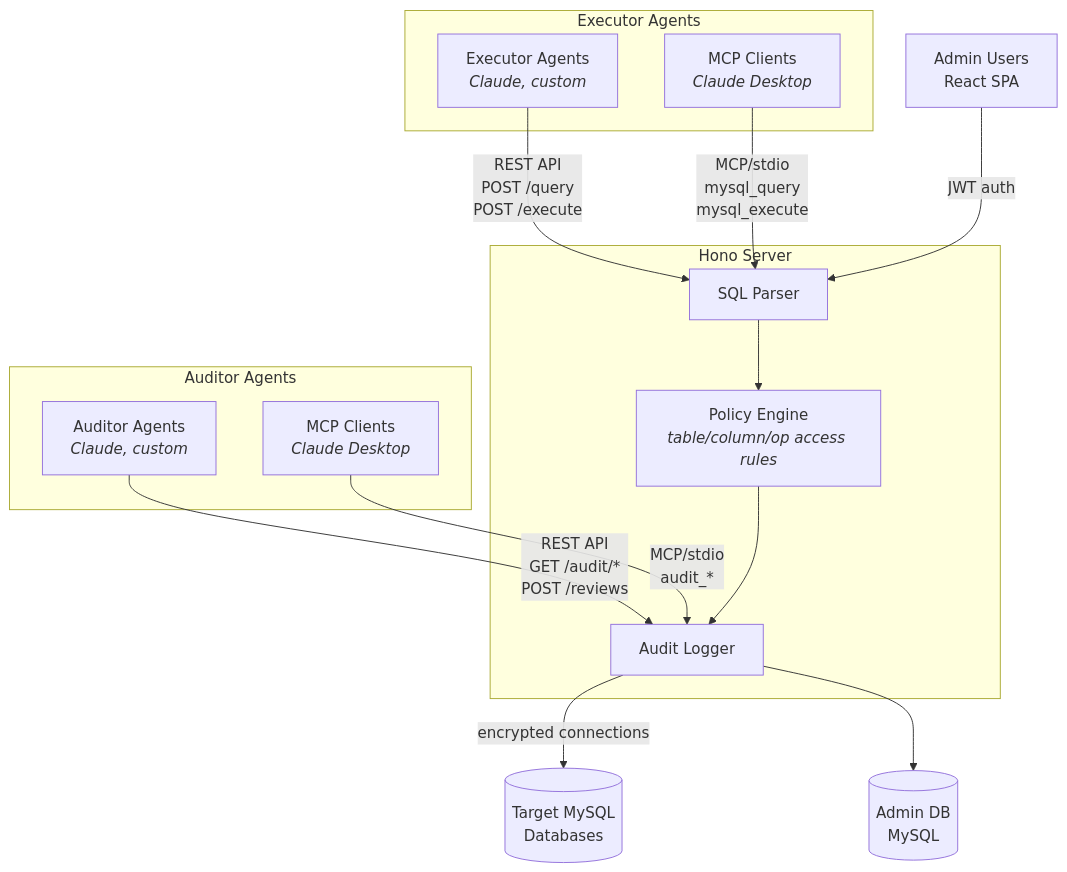
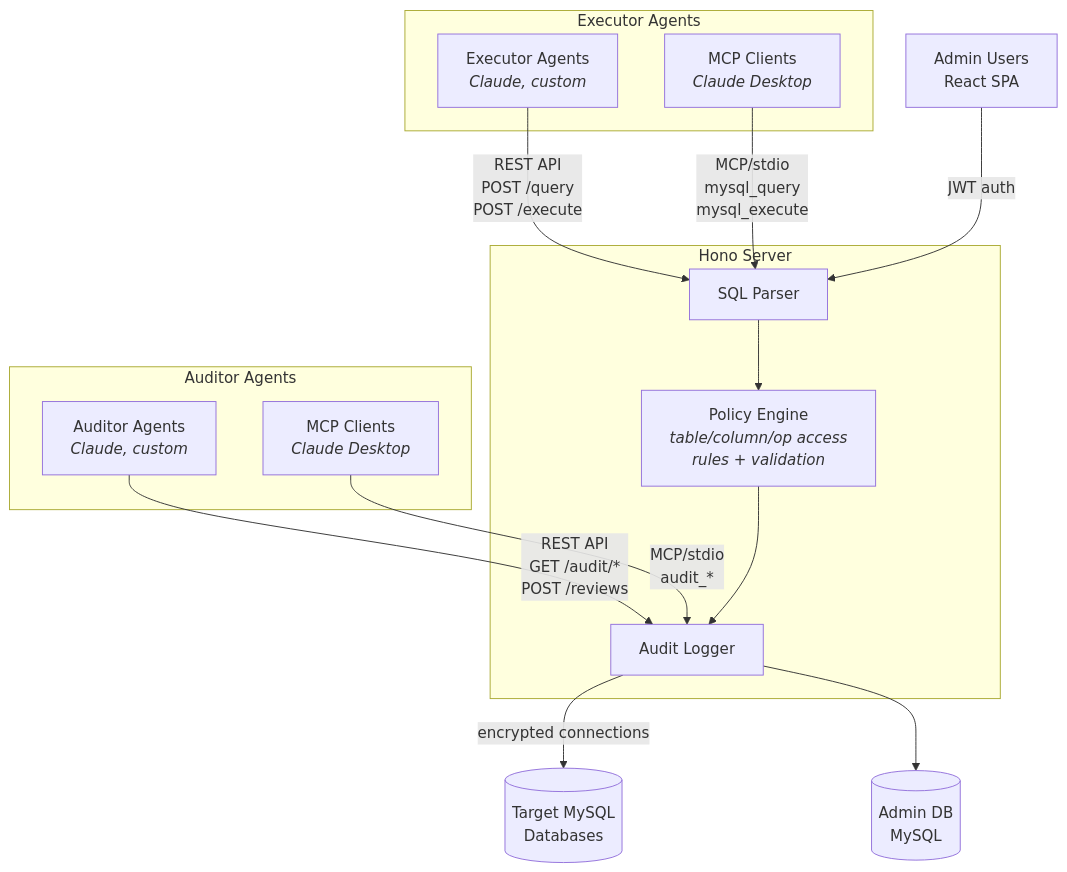
The diagram in README.md (ekoindia/agent-querygate), drawn with Mermaid before and after one commit. The commit also changed other lines of this file and 17 other files, not shown here.

````diff
--- a/README.md
+++ b/README.md
@@ -66,70 +66,70 @@
 ```mermaid
 graph TD
 
     subgraph Executor Agents
         EA[Executor Agents<br><i>Claude, custom</i>]
         EM[MCP Clients<br><i>Claude Desktop</i>]
     end
 
     subgraph Auditor Agents
         AA[Auditor Agents<br><i>Claude, custom</i>]
         AM[MCP Clients<br><i>Claude Desktop</i>]
     end
 
     subgraph Hono Server
         SP[SQL Parser]
-        PE[Policy Engine<br><i>table/column/op access rules</i>]
+        PE[Policy Engine<br><i>table/column/op access<br>rules + validation</i>]
         AL[Audit Logger]
     end
 
     TDB[(Target MySQL<br>Databases)]
     ADB[(Admin DB<br>MySQL)]
     ADM[Admin Users<br>React SPA]
 
     EA -- "REST API<br>POST /query<br>POST /execute" --> SP
     EM -- "MCP/stdio<br>mysql_query<br>mysql_execute" --> SP
 
     AA -- "REST API<br>GET /audit/*<br>POST /reviews" --> AL
     AM -- "MCP/stdio<br>audit_*" --> AL
 
     SP --> PE
     PE --> AL
     AL -- "encrypted connections" --> TDB
     AL --> ADB
     ADM -- "JWT auth" --> SP
 
 %% ASCII version (visible only in raw markdown):
 %%                                   +------------------+
 %%                                   |   Target MySQL   |
 %%                                   |   Databases      |
 %%                                   +--------+---------+
 %%                                            ^
 %%                                            | encrypted connections
 %%                                            |
 %% +---------------+    REST API     +--------+---------+     +-----------+
 %% |  Executor     +---------------->|   Hono Server    +---->| Admin DB  |
 %% |  Agents       |  POST /query    |                  |     | (MySQL)   |
 %% |  (Claude,     |  POST /execute  |  +------------+  |     +-----------+
 %% |   custom)     |                 |  | SQL Parser |  |
 %% +---------------+    MCP/stdio    |  +------------+  |
 %% |  MCP Clients  +---------------->|  | Policy     |  |
 %% |  (Claude      |  mysql_query    |  | Engine     |  |
 %% |   Desktop)    |  mysql_execute  |  +------------+  |
 %% +---------------+                 |  | Audit      |  |
 %%                                   |  | Logger     |  |
 %% +---------------+    REST API     |  +------------+  |
 %% |  Auditor      +---------------->|                  |
 %% |  Agents       |  GET /audit/*   |                  |
 %% |  (Claude,     |  POST /reviews  |                  |
 %% |   custom)     |                 |                  |
 %% +---------------+    MCP/stdio    |                  |
 %% |  MCP Clients  +---------------->|                  |
 %% |  (Claude      |  audit_*        +--------+---------+
 %% |   Desktop)    |                          ^
 %% +---------------+                          | JWT auth
 %%                                            |
 %%                                   +--------+---------+
 %%                                   |   Admin Users    |
 %%                                   |   (React SPA)    |
 %%                                   +------------------+
 ```
````
